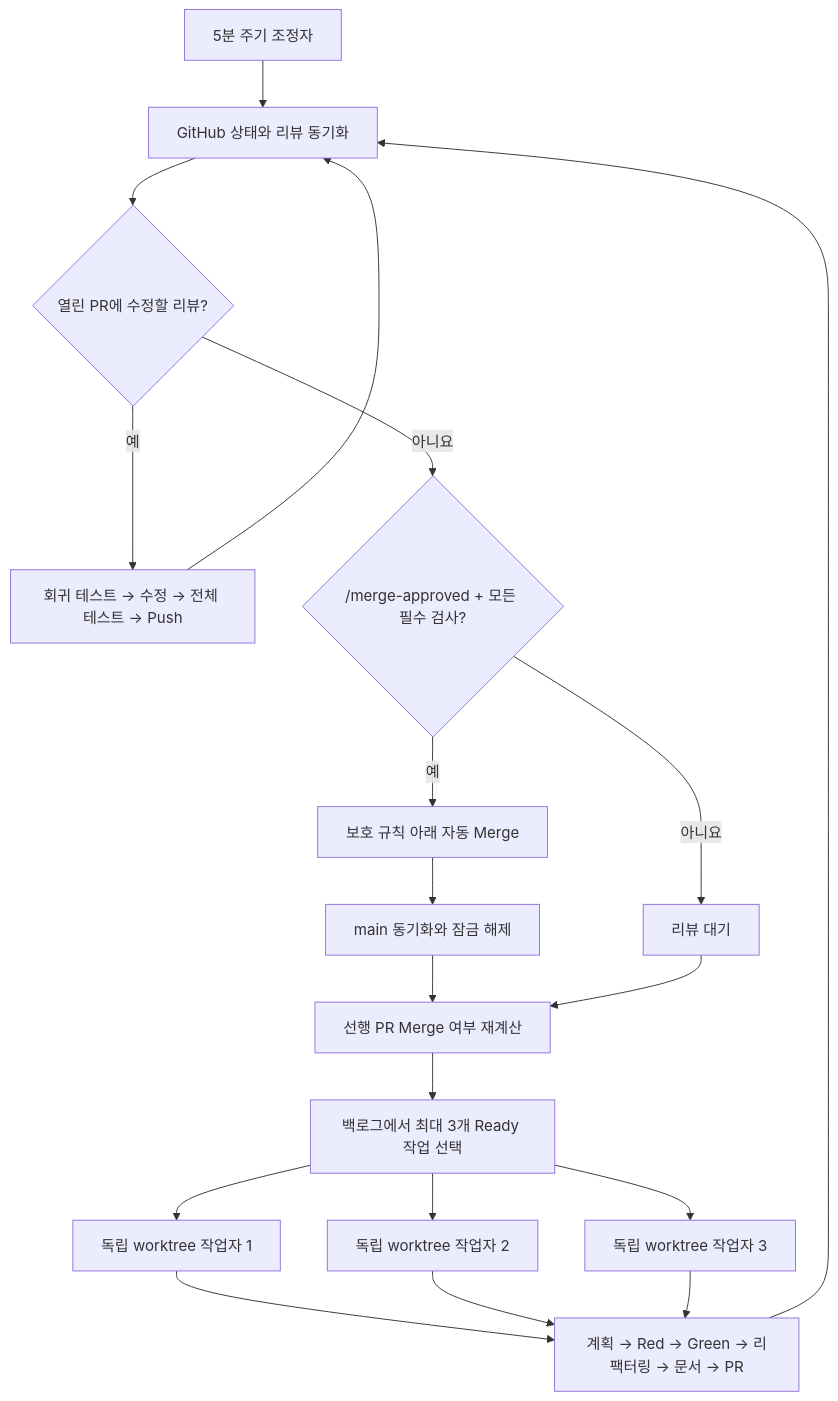
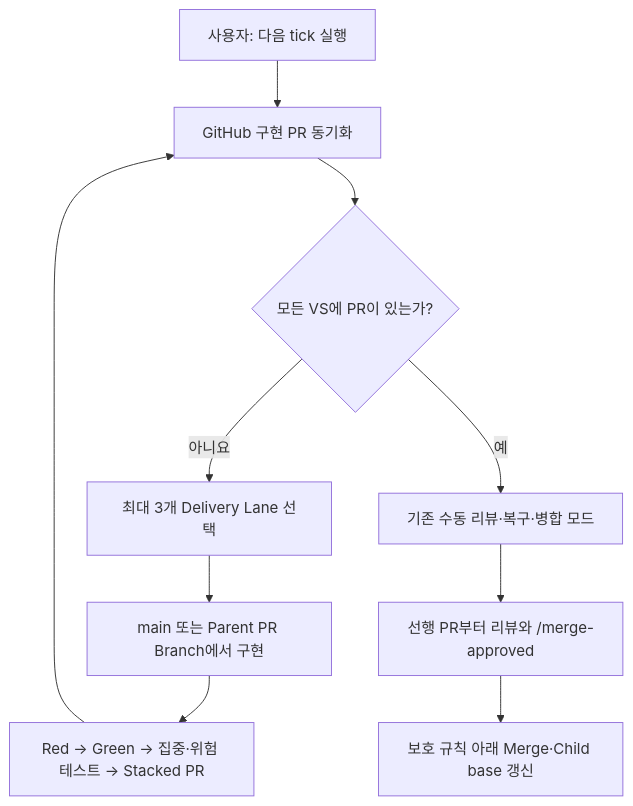
Before and after one commit to OpenSeedDev/openseed-be: the diagram in docs/workflow/AUTONOMOUS_WORKFLOW.md, drawn with Mermaid. The commit also changed other lines of this file and 14 other files, not shown here.

````diff
--- a/docs/workflow/AUTONOMOUS_WORKFLOW.md
+++ b/docs/workflow/AUTONOMOUS_WORKFLOW.md
@@ -5,21 +7,12 @@
 ```mermaid
 flowchart TD
-  A["5분 주기 조정자"] --> B["GitHub 상태와 리뷰 동기화"]
-  B --> C{"열린 PR에 수정할 리뷰?"}
-  C -- "예" --> D["회귀 테스트 → 수정 → 전체 테스트 → Push"]
-  D --> B
-  C -- "아니요" --> E{"/merge-approved + 모든 필수 검사?"}
-  E -- "예" --> F["보호 규칙 아래 자동 Merge"]
-  F --> G["main 동기화와 잠금 해제"]
-  E -- "아니요" --> H["리뷰 대기"]
-  G --> I["선행 PR Merge 여부 재계산"]
-  H --> I
-  I --> J["백로그에서 최대 3개 Ready 작업 선택"]
-  J --> K1["독립 worktree 작업자 1"]
-  J --> K2["독립 worktree 작업자 2"]
-  J --> K3["독립 worktree 작업자 3"]
-  K1 --> L["계획 → Red → Green → 리팩터링 → 문서 → PR"]
-  K2 --> L
-  K3 --> L
-  L --> B
+  A["사용자: 다음 tick 실행"] --> B["GitHub 구현 PR 동기화"]
+  B --> C{"모든 VS에 PR이 있는가?"}
+  C -- "아니요" --> D["최대 3개 Delivery Lane 선택"]
+  D --> E["main 또는 Parent PR Branch에서 구현"]
+  E --> F["Red → Green → 집중·위험 테스트 → Stacked PR"]
+  F --> B
+  C -- "예" --> G["기존 수동 리뷰·복구·병합 모드"]
+  G --> H["선행 PR부터 리뷰와 /merge-approved"]
+  H --> I["보호 규칙 아래 Merge·Child base 갱신"]
 ```
````
